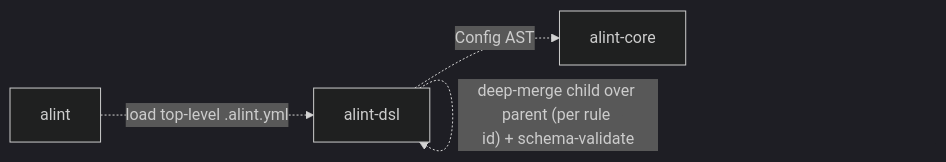
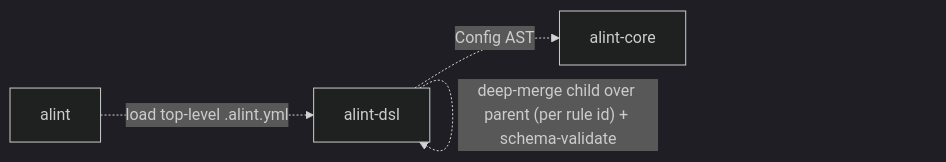
The sixth of 27 diagrams in docs/design/architecture/DIAGRAMS.md (actions-marketplace-validations/asamarts_alint), drawn with Mermaid (dark theme) before and after one commit. The commit also changed other lines of this file and 19 other files, not shown here.

````diff
--- a/docs/design/architecture/DIAGRAMS.md
+++ b/docs/design/architecture/DIAGRAMS.md
@@ -187,17 +177,13 @@
 ```mermaid
 graph LR
   AlintCliAlintBin["alint"]
   AlintCliDsl["alint-dsl"]
   AlintCliCore["alint-core"]
   AlintCliAlintBin -. "`load top-level .alint.yml`" .-> AlintCliDsl
-  AlintCliDsl -. "`resolve extends: local path / https 
-(SRI) / alint://bundled`" .-> AlintCliDsl
+  AlintCliDsl -. "`resolve extends: local path / https (SRI) / alint://bundled`" .-> AlintCliDsl
   AlintCliDsl -. "`cache + cycle detection`" .-> AlintCliDsl
-  AlintCliDsl -. "`reject command / generated_file_fresh / 
-command_idempotent in extends`" .-> AlintCliDsl
-  AlintCliDsl -. "`reject allow_out_of_root + custom facts 
-in extends`" .-> AlintCliDsl
-  AlintCliDsl -. "`deep-merge child over parent (per rule 
-id) + schema-validate`" .-> AlintCliDsl
+  AlintCliDsl -. "`reject command / generated_file_fresh / command_idempotent in extends`" .-> AlintCliDsl
+  AlintCliDsl -. "`reject allow_out_of_root + custom facts in extends`" .-> AlintCliDsl
+  AlintCliDsl -. "`deep-merge child over parent (per rule id) + schema-validate`" .-> AlintCliDsl
   AlintCliDsl -. "`Config AST`" .-> AlintCliCore
 ```
````
